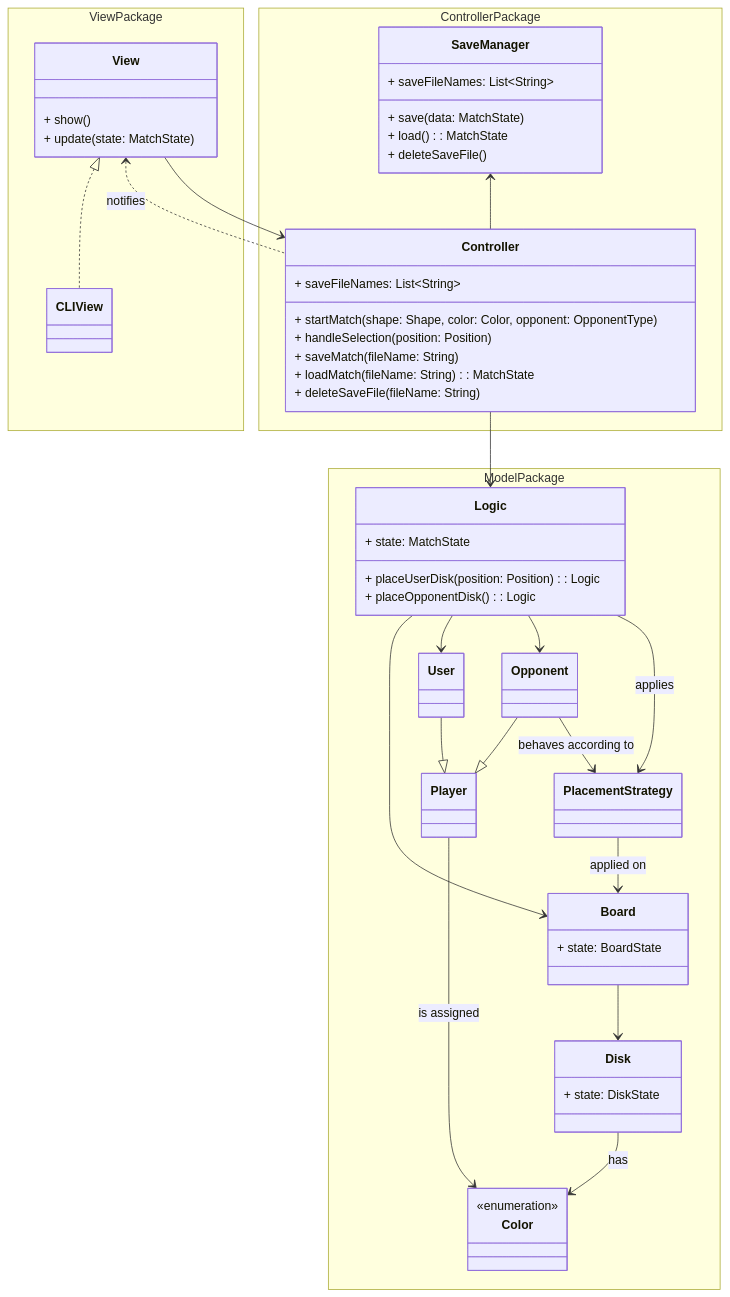
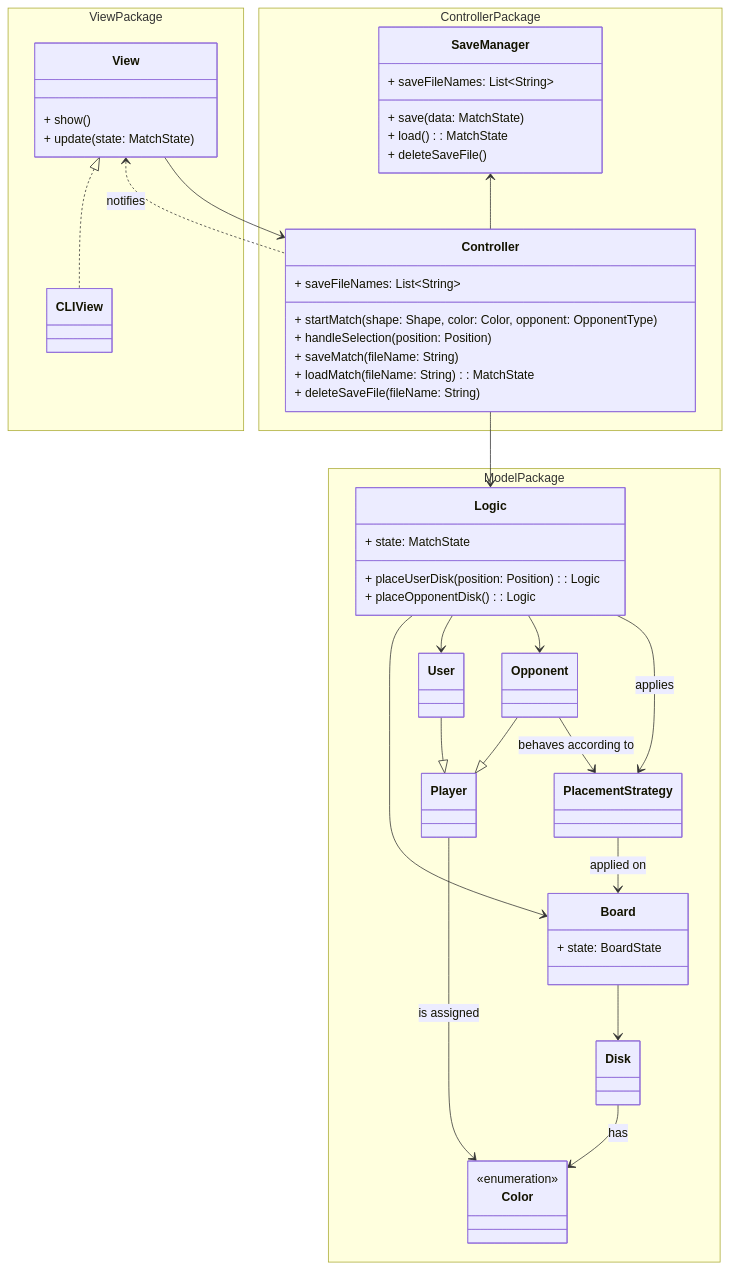
The second of 2 diagrams in docs/report/3-architectural-design.md (Borgotto/PPS-25-scalatello), drawn with Mermaid before and after one commit. The commit also changed 1 other file, not shown here.

Commit message:
update detailed design section, add minor change in architectural design section

````diff
--- a/docs/report/3-architectural-design.md
+++ b/docs/report/3-architectural-design.md
@@ -52,66 +52,64 @@
 ```mermaid
 classDiagram
   namespace ViewPackage {
     class View {
       + show()
       + update(state: MatchState)
     }
     class CLIView
   }
   namespace ControllerPackage {
     class Controller {
       + startMatch(shape: Shape, color: Color, opponent: OpponentType)
       + handleSelection(position: Position)
       + saveMatch(fileName: String)
       + loadMatch(fileName: String): MatchState
       + saveFileNames: List~String~
       + deleteSaveFile(fileName: String)
     }
     class SaveManager {
       + save(data: MatchState)
       + load(): MatchState
       + saveFileNames: List~String~
       + deleteSaveFile()
     }
   }
   namespace ModelPackage {
     class Logic {
       + state: MatchState
       + placeUserDisk(position: Position): Logic
       + placeOpponentDisk(): Logic
     }
     class PlacementStrategy
     class Opponent
     class User
     class Board {
       + state: BoardState
     }
-    class Disk {
-      + state: DiskState
-    }
+    class Disk
     class Color {
       <<enumeration>>
     }
     class Player
   }
 
   Logic --> PlacementStrategy: applies
   Logic --> Opponent
   Logic --> User
   Logic --> Board
 
   Opponent --> PlacementStrategy : behaves according to
   Opponent --|> Player
   User --|> Player
   Player --> Color: is assigned
   PlacementStrategy --> Board: applied on
   Board --> Disk
   Disk --> Color: has
 
   View --> Controller
   View <.. Controller : notifies
   Controller --> Logic
   SaveManager <-- Controller
 
   View <|.. CLIView
 ```
````
